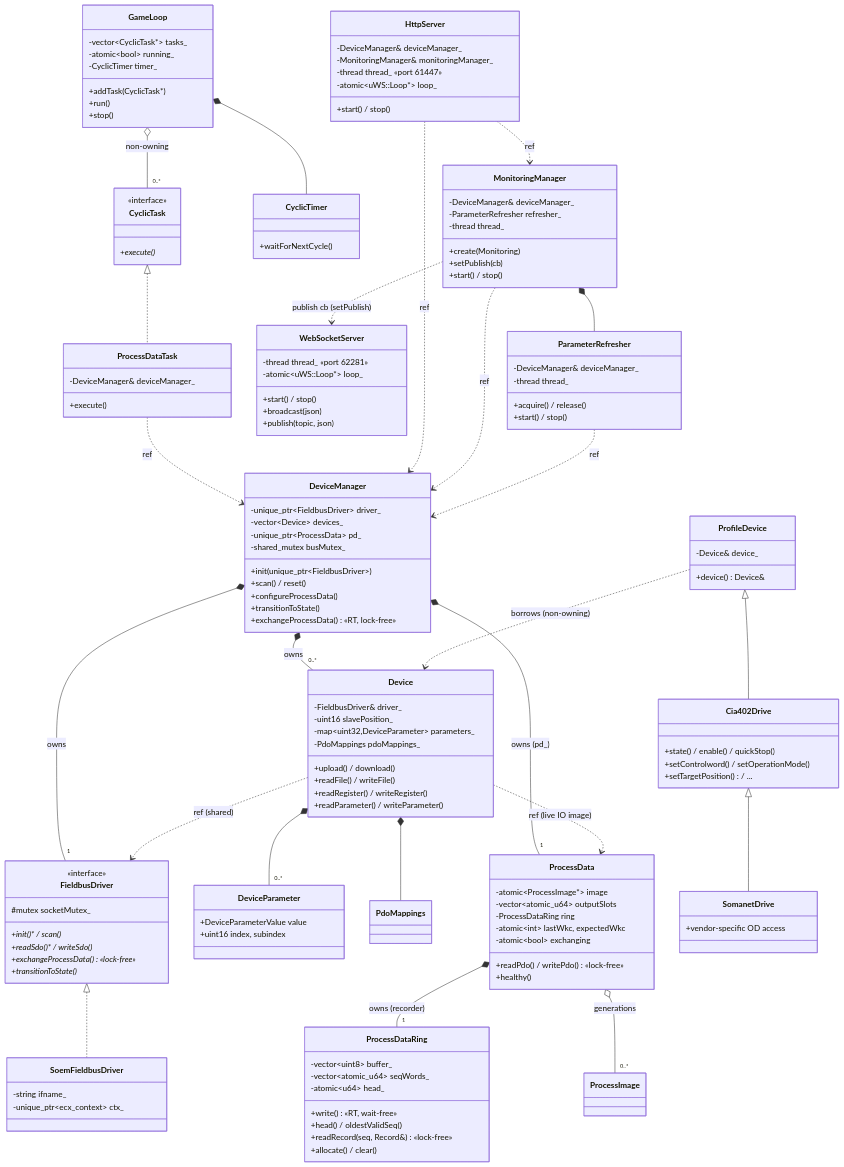
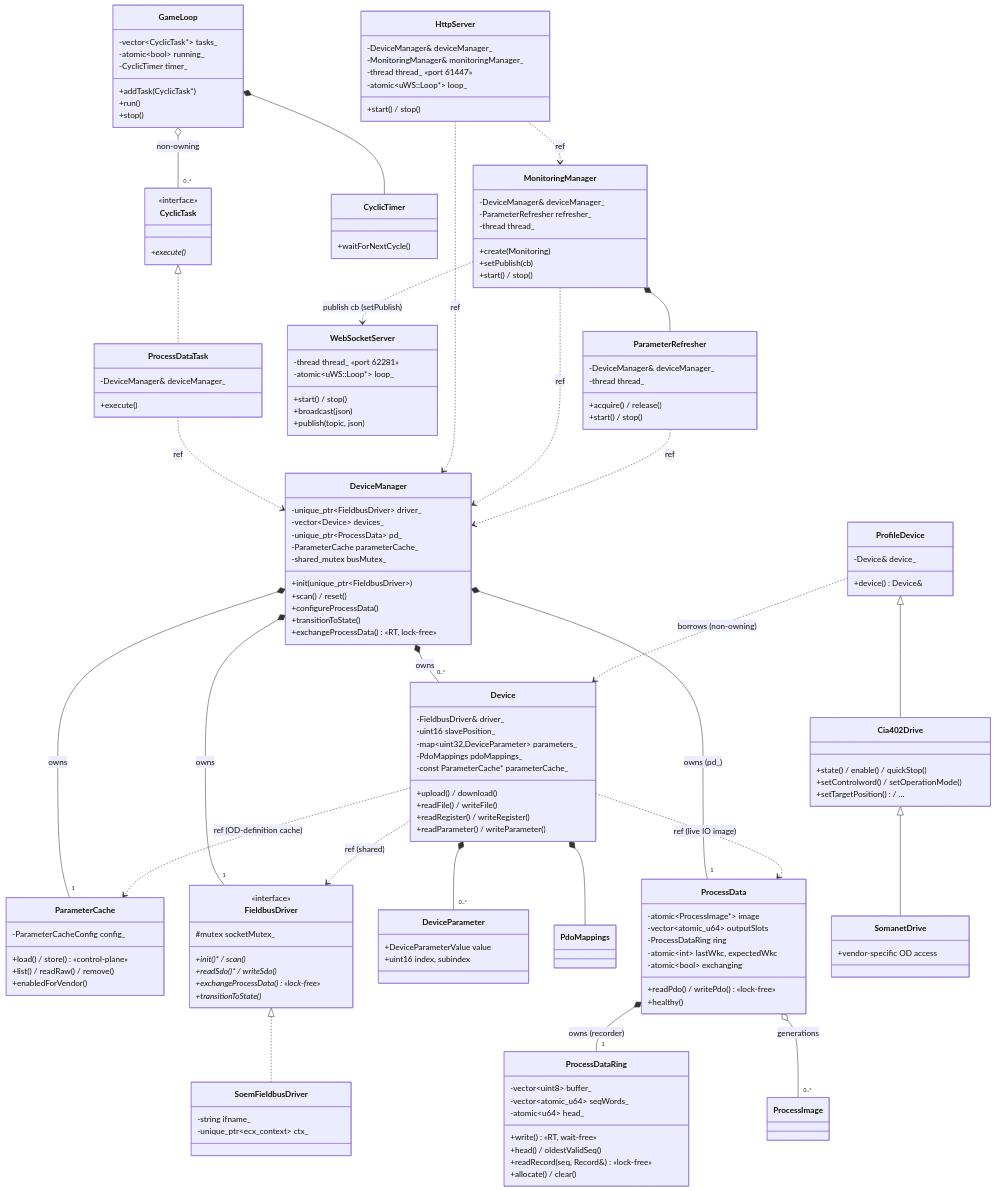
One commit to synapticon/motion-master changed the diagram in docs/CLASS_DIAGRAM.md. Above: the diagram before and after it, drawn with Mermaid. The commit also changed other lines of this file and 3 other files, not shown here.

First line of the commit message:
docs: document on-disk ParameterCache (OD-definition cache)

```diff
--- a/docs/CLASS_DIAGRAM.md
+++ b/docs/CLASS_DIAGRAM.md
@@ -68,6 +68,7 @@
         -unique_ptr~FieldbusDriver~ driver_
         -vector~Device~ devices_
         -unique_ptr~ProcessData~ pd_
+        -ParameterCache parameterCache_
         -shared_mutex busMutex_
     }
     class Device {
@@ -79,6 +80,13 @@
         -uint16 slavePosition_
         -map~uint32,DeviceParameter~ parameters_
         -PdoMappings pdoMappings_
+        -const ParameterCache* parameterCache_
+    }
+    class ParameterCache {
+        +load() / store() «control-plane»
+        +list() / readRaw() / remove()
+        +enabledForVendor()
+        -ParameterCacheConfig config_
     }
     class FieldbusDriver {
         <<interface>>
@@ -146,10 +154,12 @@
     DeviceManager *-- "1" FieldbusDriver : owns
     DeviceManager *-- "0..*" Device : owns
     DeviceManager *-- "1" ProcessData : owns (pd_)
+    DeviceManager *-- "1" ParameterCache : owns
     ProcessData *-- "1" ProcessDataRing : owns (recorder)
     ProcessData o-- "0..*" ProcessImage : generations
     Device ..> FieldbusDriver : ref (shared)
     Device ..> ProcessData : ref (live IO image)
+    Device ..> ParameterCache : ref (OD-definition cache)
     Device *-- "0..*" DeviceParameter
     Device *-- PdoMappings
     ProfileDevice ..> Device : borrows (non-owning)
```
